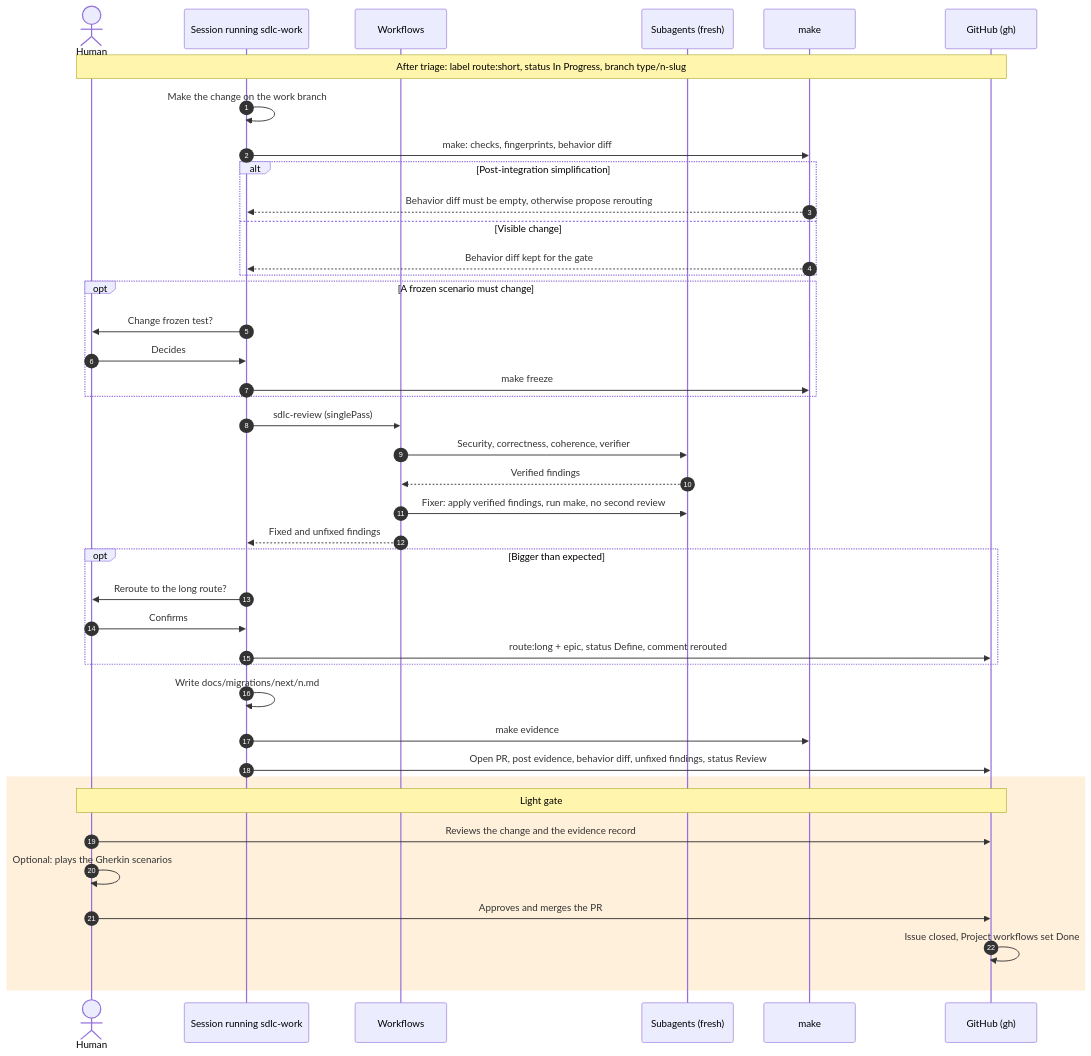
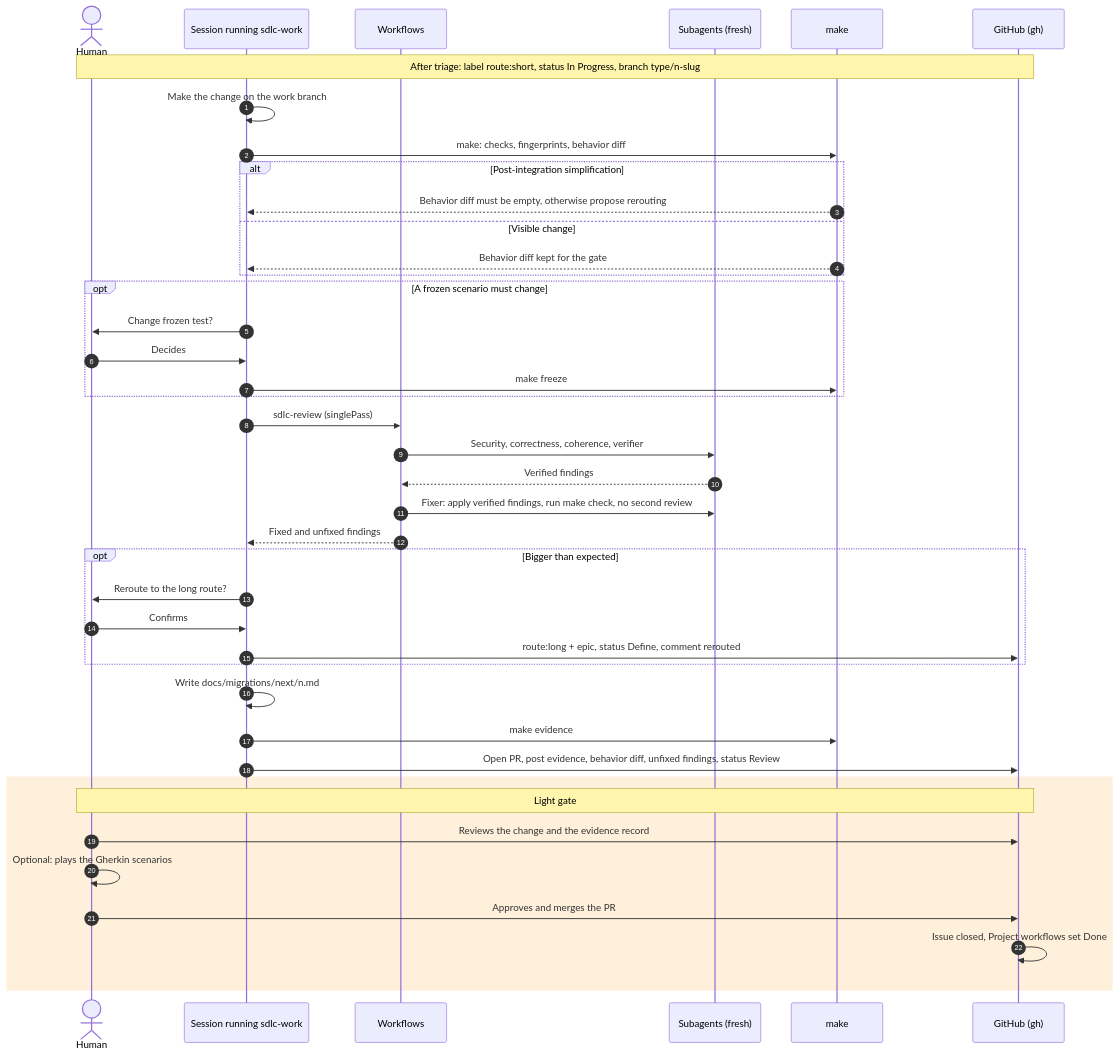
Before and after one commit to mathieubodin/scaleway-manager: the sixth of 6 diagrams in docs/development-process.md, drawn with Mermaid. The commit also changed other lines of this file and 4 other files, not shown here.

First line of the commit message:
fix(process): apply the independent review of the sdlc-review loop

````diff
--- a/docs/development-process.md
+++ b/docs/development-process.md
@@ -443,45 +443,45 @@
 ```mermaid
 sequenceDiagram
     autonumber
     actor H as Human
     participant W as Session running sdlc-work
     participant F as Workflows
     participant A as Subagents (fresh)
     participant T as make
     participant G as GitHub (gh)
 
     Note over H,G: After triage: label route:short, status In Progress, branch type/n-slug
     W->>W: Make the change on the work branch
     W->>T: make: checks, fingerprints, behavior diff
     alt Post-integration simplification
         T-->>W: Behavior diff must be empty, otherwise propose rerouting
     else Visible change
         T-->>W: Behavior diff kept for the gate
     end
     opt A frozen scenario must change
         W->>H: Change frozen test?
         H->>W: Decides
         W->>T: make freeze
     end
     W->>F: sdlc-review (singlePass)
     F->>A: Security, correctness, coherence, verifier
     A-->>F: Verified findings
-    F->>A: Fixer: apply verified findings, run make, no second review
+    F->>A: Fixer: apply verified findings, run make check, no second review
     F-->>W: Fixed and unfixed findings
     opt Bigger than expected
         W->>H: Reroute to the long route?
         H->>W: Confirms
         W->>G: route:long + epic, status Define, comment rerouted
     end
     W->>W: Write docs/migrations/next/n.md
     W->>T: make evidence
     W->>G: Open PR, post evidence, behavior diff, unfixed findings, status Review
 
     rect rgba(255, 180, 80, 0.2)
     Note over H,G: Light gate
     H->>G: Reviews the change and the evidence record
     H->>H: Optional: plays the Gherkin scenarios
     H->>G: Approves and merges the PR
     G->>G: Issue closed, Project workflows set Done
     end
 ```
````
